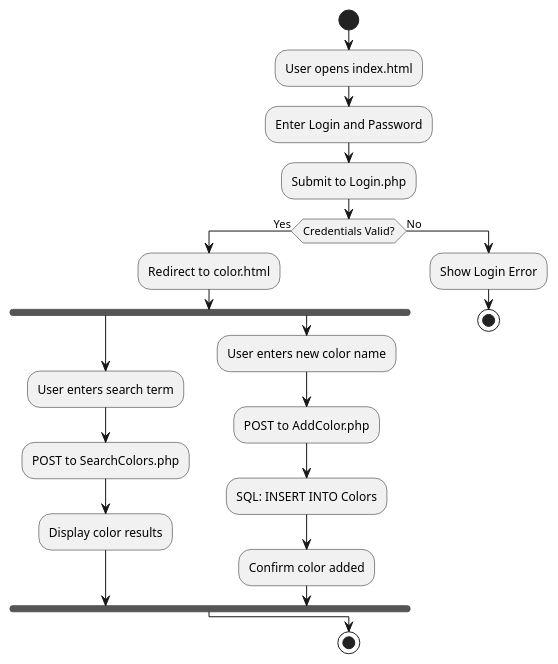
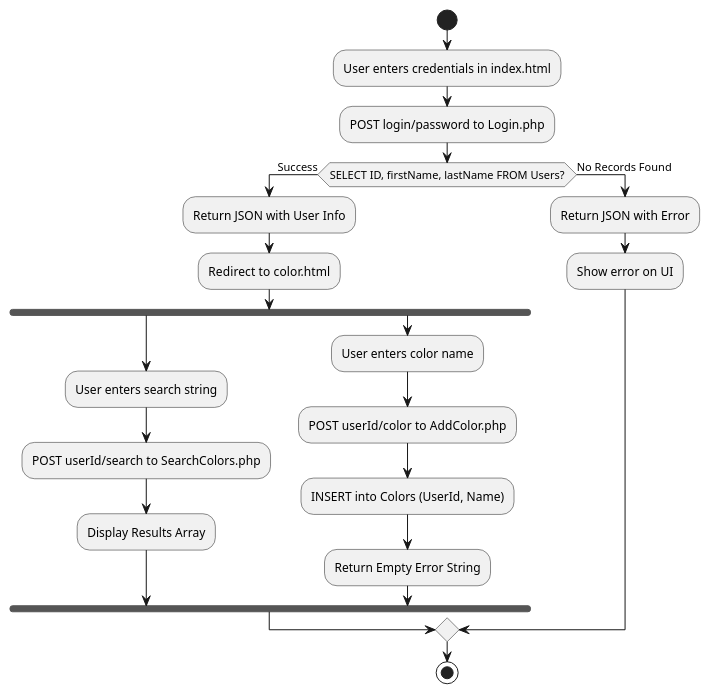
The diagram in docs/uml/ActivityDiagram.puml (MatthewSilva7/colors-lamp), drawn with PlantUML before and after one commit.

Commit message:
Add Activity Diagram

```diff
--- a/docs/uml/ActivityDiagram.puml
+++ b/docs/uml/ActivityDiagram.puml
@@ -1,23 +1,23 @@
 @startuml
 start
-:User opens index.html;
-:Enter Login and Password;
-:Submit to Login.php;
-if (Credentials Valid?) then (Yes)
+:User enters credentials in index.html;
+:POST login/password to Login.php;
+if (SELECT ID, firstName, lastName FROM Users?) then (Success)
+  :Return JSON with User Info;
   :Redirect to color.html;
   fork
-    :User enters search term;
-    :POST to SearchColors.php;
-    :Display color results;
+    :User enters search string;
+    :POST userId/search to SearchColors.php;
+    :Display Results Array;
   fork again
-    :User enters new color name;
-    :POST to AddColor.php;
-    :SQL: INSERT INTO Colors;
-    :Confirm color added;
+    :User enters color name;
+    :POST userId/color to AddColor.php;
+    :INSERT into Colors (UserId, Name);
+    :Return Empty Error String;
   end fork
-else (No)
-  :Show Login Error;
-  stop
+else (No Records Found)
+  :Return JSON with Error;
+  :Show error on UI;
 endif
 stop
 @enduml
```
